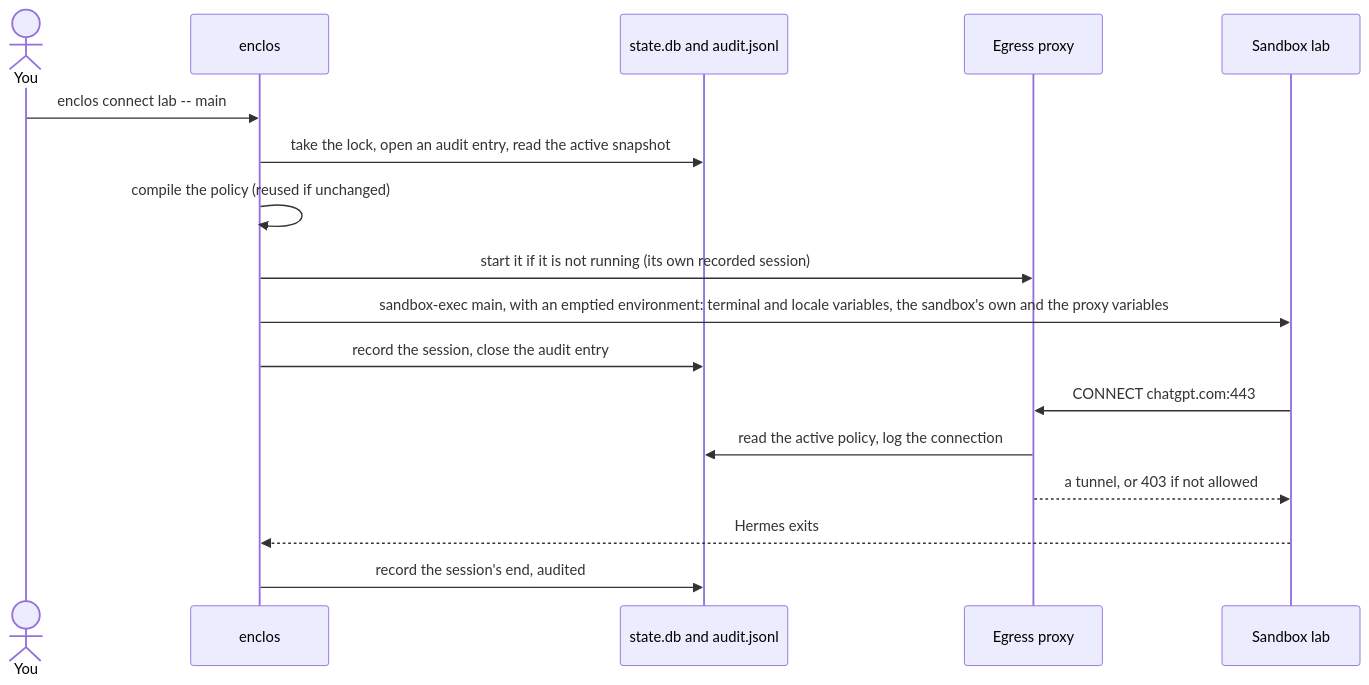
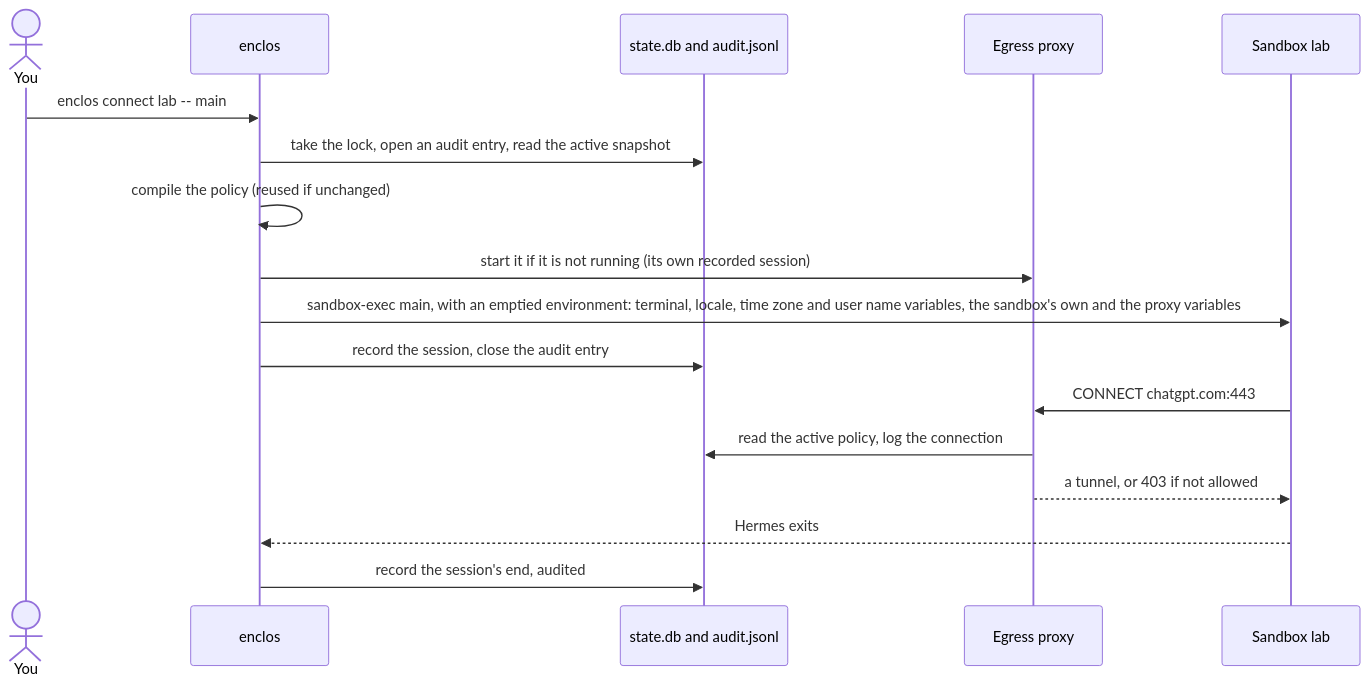
One commit to victorbonnet/enclos changed the third of 3 diagrams in docs/architecture.md. Above: the diagram before and after it, drawn with Mermaid. The commit also changed other lines of this file and 2 other files, not shown here.

Commit message:
docs: point the design's status at §13 and mark the remaining gaps
The code and comments reviews of this PR found that the new status line
promised every milestone 1 gap was marked, while §10's command block,
the `--json` promise, the proxy's control socket and the shared secrets
in architecture.md were not. The status line now makes §13 the
reference for what milestone 1 includes, a line above §10's block says
which commands milestone 1 has, and the control socket and secrets are
marked as later.

Also from the review suggestions: architecture.md and the wrap.rs
comments list the time zone and user name variables too, the wrap
bullet says how PATH is built and when TERM falls back to
xterm-256color, the international names paragraph says the log shows
such names escaped, and the backend table and compile bullet read less
ambiguously.

````diff
--- a/docs/architecture.md
+++ b/docs/architecture.md
@@ -88,20 +88,20 @@
 ```mermaid
 sequenceDiagram
   actor You
   participant CLI as enclos
   participant Data as state.db and audit.jsonl
   participant Proxy as Egress proxy
   participant SB as Sandbox lab
 
   You->>CLI: enclos connect lab -- main
   CLI->>Data: take the lock, open an audit entry, read the active snapshot
   CLI->>CLI: compile the policy (reused if unchanged)
   CLI->>Proxy: start it if it is not running (its own recorded session)
-  CLI->>SB: sandbox-exec main, with an emptied environment: terminal and locale variables, the sandbox's own and the proxy variables
+  CLI->>SB: sandbox-exec main, with an emptied environment: terminal, locale, time zone and user name variables, the sandbox's own and the proxy variables
   CLI->>Data: record the session, close the audit entry
   SB->>Proxy: CONNECT chatgpt.com:443
   Proxy->>Data: read the active policy, log the connection
   Proxy-->>SB: a tunnel, or 403 if not allowed
   SB-->>CLI: Hermes exits
   CLI->>Data: record the session's end, audited
 ```
````
